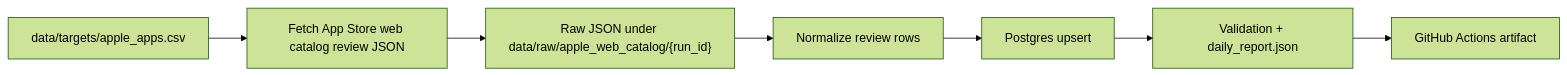
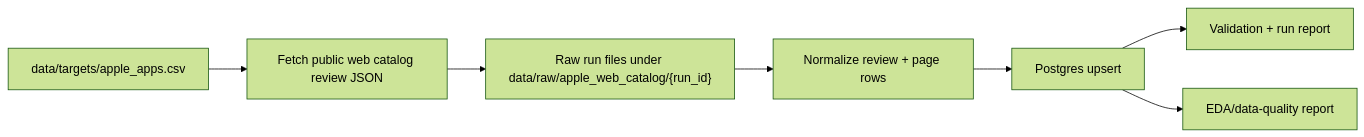
Before and after one commit to XVvvVX-bot/app-store-review-pipeline: the diagram in README.md, drawn with Mermaid (forest theme). The commit also changed other lines of this file and 22 other files, not shown here.

Commit message:
Add App Store EDA report and clean production surface [skip ci]

````diff
--- a/README.md
+++ b/README.md
@@ -22,9 +18,9 @@
 ```mermaid
 flowchart LR
-    A["data/targets/apple_apps.csv"] --> B["Fetch App Store web catalog review JSON"]
-    B --> C["Raw JSON under data/raw/apple_web_catalog/{run_id}"]
-    C --> D["Normalize review rows"]
+    A["data/targets/apple_apps.csv"] --> B["Fetch public web catalog review JSON"]
+    B --> C["Raw run files under data/raw/apple_web_catalog/{run_id}"]
+    C --> D["Normalize review + page rows"]
     D --> E["Postgres upsert"]
-    E --> F["Validation + daily_report.json"]
-    F --> G["GitHub Actions artifact"]
+    E --> F["Validation + run report"]
+    E --> G["EDA/data-quality report"]
 ```
````
